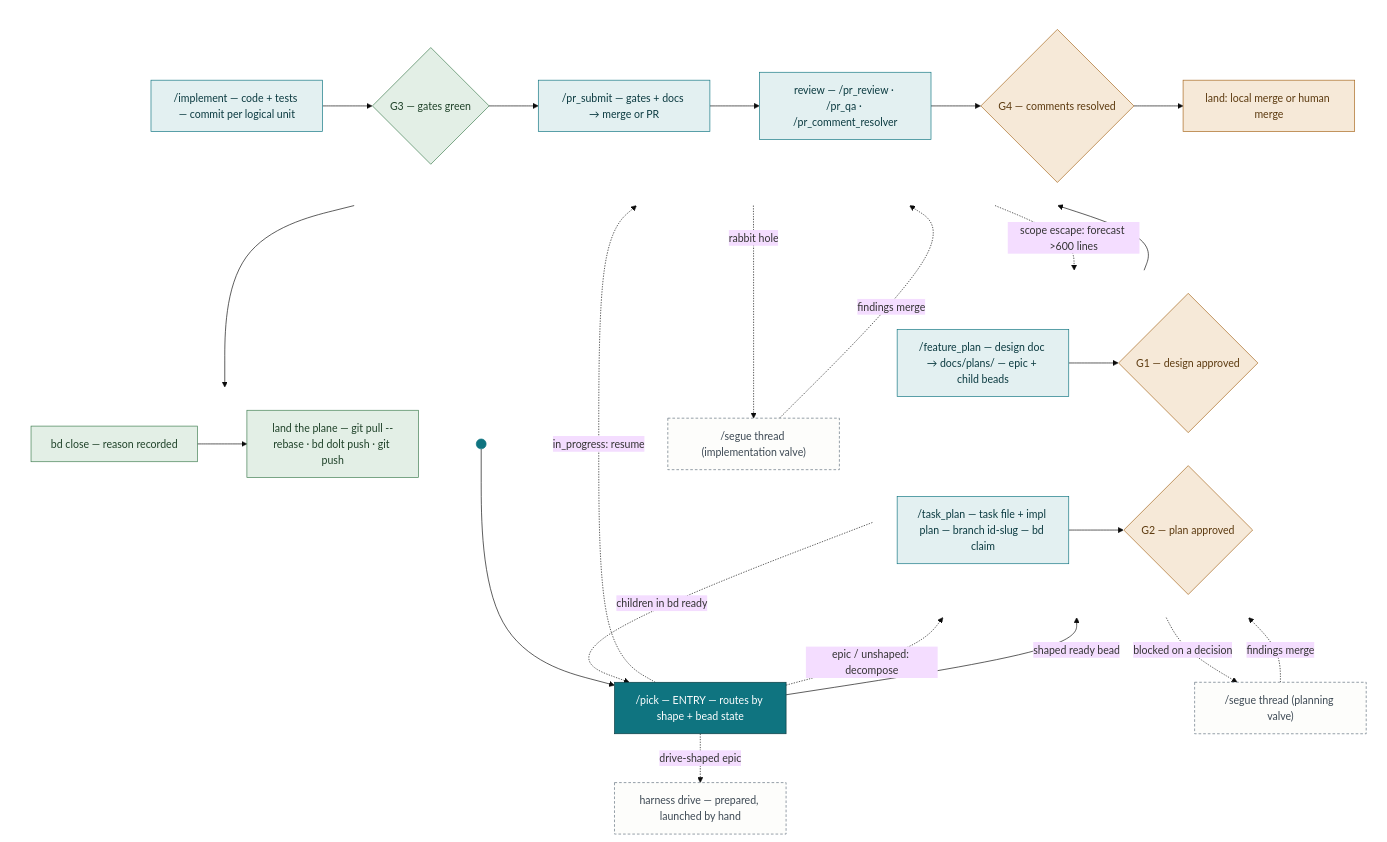
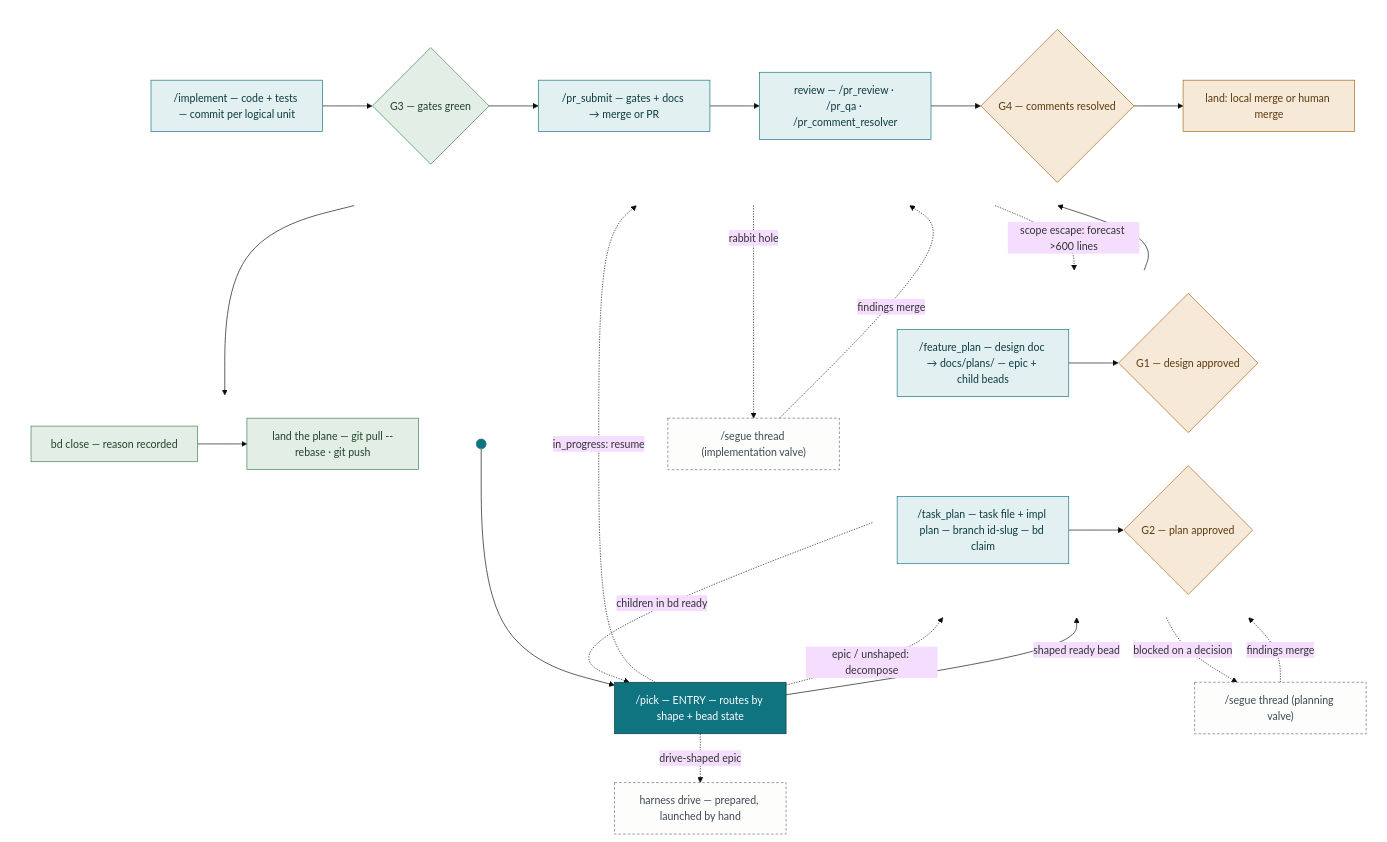
The first of 3 diagrams in docs/dev_workflow.md (PositiveControl/harness), drawn with Mermaid (base theme) before and after one commit. The commit also changed 2 other files, not shown here.

Commit message:
docs: drop bd dolt push from the land-the-plane step — no remote exists
This repo has no Dolt remote configured, so `bd dolt push` spends about
two minutes retrying an upload and then fails with a bare `exit status
1`. The workflow listed it as mandatory, which turns every session end
into a slow, alarming, meaningless failure.

Bead state already survives in the local Dolt history and the
beads-*.jsonl snapshots git tracks; there is nothing to sync. Left a
note at each site explaining the absence, so the next reader doesn't
"restore" the step after hitting the same error.

````diff
--- a/docs/dev_workflow.md
+++ b/docs/dev_workflow.md
@@ -17,66 +17,66 @@
 ```mermaid
 flowchart TB
   E((" "))
   PK["/pick — ENTRY — routes by shape + bead state"]
   E --> PK
   subgraph R1 [" "]
     direction LR
     FP["/feature_plan — design doc → docs/plans/ — epic + child beads"]
     G1{"G1 — design approved"}
     TP["/task_plan — task file + impl plan — branch id-slug — bd claim"]
     G2{"G2 — plan approved"}
     FP --> G1
     TP --> G2
   end
   PK -. "epic / unshaped: decompose" .-> FP
   G1 -. "children in bd ready" .-> PK
   PK -- "shaped ready bead" --> TP
   subgraph R2 [" "]
     direction LR
     IM["/implement — code + tests — commit per logical unit"]
     G3{"G3 — gates green"}
     PS["/pr_submit — gates + docs → merge or PR"]
     RV["review — /pr_review · /pr_qa · /pr_comment_resolver"]
     G4{"G4 — comments resolved"}
     MG["land: local merge or human merge"]
     IM --> G3 --> PS --> RV --> G4 --> MG
   end
   subgraph R3 [" "]
     direction LR
     CL["bd close — reason recorded"]
-    LP["land the plane — git pull --rebase · bd dolt push · git push"]
+    LP["land the plane — git pull --rebase · git push"]
     CL --> LP
   end
   SG1["/segue thread (planning valve)"]
   SG2["/segue thread (implementation valve)"]
   DR["harness drive — prepared, launched by hand"]
 
   G2 --> IM
   MG --> CL
   PK -. "in_progress: resume" .-> IM
   PK -. "drive-shaped epic" .-> DR
   TP -. blocked on a decision .-> SG1 -. findings merge .-> TP
   IM -. rabbit hole .-> SG2 -. findings merge .-> IM
   IM -. "scope escape: forecast &gt;600 lines" .-> FP
 
   style E fill:#0F7480,stroke:#0F7480
   style PK fill:#0F7480,stroke:#0B3A40,color:#FFFFFF
   style G1 fill:#F6E9D8,stroke:#A6651A,color:#5C3A0F
   style G2 fill:#F6E9D8,stroke:#A6651A,color:#5C3A0F
   style G3 fill:#E3EFE6,stroke:#3E7C4F,color:#1F4229
   style G4 fill:#F6E9D8,stroke:#A6651A,color:#5C3A0F
   style MG fill:#F6E9D8,stroke:#A6651A,color:#5C3A0F
   style CL fill:#E3EFE6,stroke:#3E7C4F,color:#1F4229
   style LP fill:#E3EFE6,stroke:#3E7C4F,color:#1F4229
   style FP fill:#E3F0F1,stroke:#0F7480,color:#0B3A40
   style TP fill:#E3F0F1,stroke:#0F7480,color:#0B3A40
   style IM fill:#E3F0F1,stroke:#0F7480,color:#0B3A40
   style PS fill:#E3F0F1,stroke:#0F7480,color:#0B3A40
   style RV fill:#E3F0F1,stroke:#0F7480,color:#0B3A40
   style SG1 fill:#FDFDFB,stroke:#5F6E7C,stroke-dasharray:4 3,color:#3D4954
   style SG2 fill:#FDFDFB,stroke:#5F6E7C,stroke-dasharray:4 3,color:#3D4954
   style DR fill:#FDFDFB,stroke:#5F6E7C,stroke-dasharray:4 3,color:#3D4954
   style R1 fill:none,stroke:none
   style R2 fill:none,stroke:none
   style R3 fill:none,stroke:none
 ```
````
